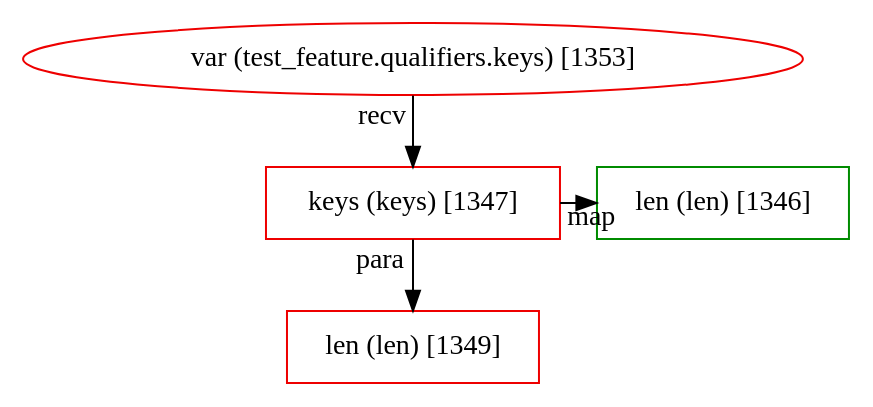
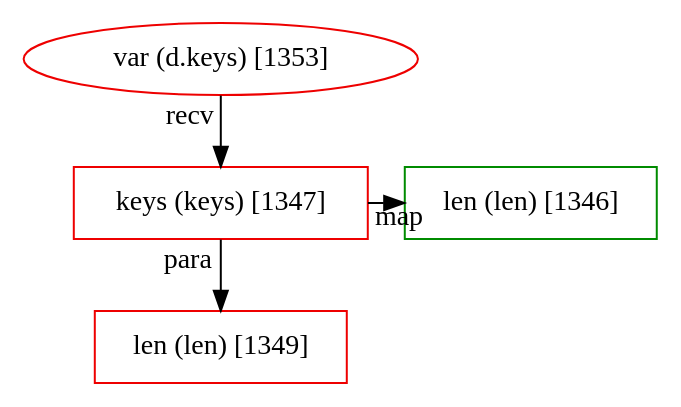
Before and after one commit to JetBrains-Research/revizor: the diagram in src/main/resources/patterns/3/fragment-121.dot, drawn with Graphviz. The commit also changed 8 other files, not shown here.

```diff
--- a/src/main/resources/patterns/3/fragment-121.dot
+++ b/src/main/resources/patterns/3/fragment-121.dot
@@ -1,12 +1,12 @@
 digraph "fragment-121.dot" {
 	subgraph "subgraph: 1347 to 1346" {
 		graph [rank=same]
 		1347 [label="keys (keys) [1347]" color=red2 shape=box]
 		1346 [label="len (len) [1346]" color=green4 shape=box]
 	}
-	1353 [label="var (test_feature.qualifiers.keys) [1353]" color=red2 shape=ellipse]
+	1353 [label="var (d.keys) [1353]" color=red2 shape=ellipse]
 	1349 [label="len (len) [1349]" color=red2 shape=box]
 	1353 -> 1347 [xlabel=recv from_closure=False]
 	1347 -> 1346 [xlabel=map from_closure=False]
 	1347 -> 1349 [xlabel=para from_closure=False]
 }
```
